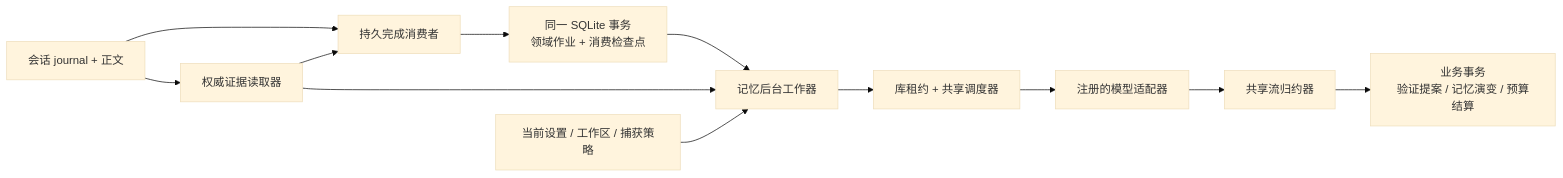
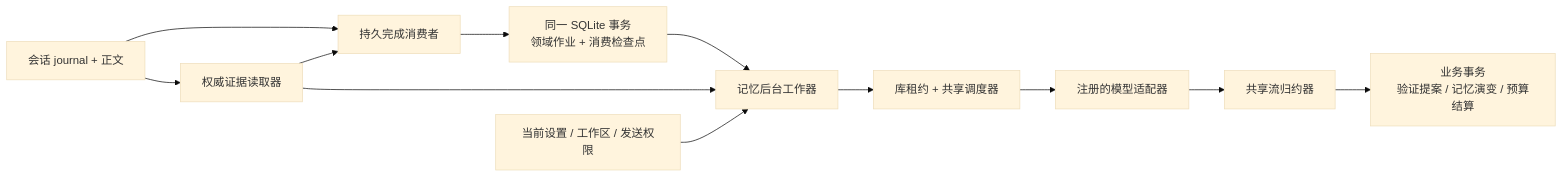
The first of 2 diagrams in docs/architecture/AUTOMATIC_MEMORY_IMPLEMENTATION.md (alwynou/mira), drawn with Mermaid (base theme) before and after one commit. The commit also changed other lines of this file and 251 other files, not shown here.

````diff
--- a/docs/architecture/AUTOMATIC_MEMORY_IMPLEMENTATION.md
+++ b/docs/architecture/AUTOMATIC_MEMORY_IMPLEMENTATION.md
@@ -13,16 +13,16 @@
 ```mermaid
 flowchart LR
     J[会话 journal + 正文] --> E[权威证据读取器]
     J --> C[持久完成消费者]
     E --> C
     C --> T[同一 SQLite 事务
 领域作业 + 消费检查点]
     T --> W[记忆后台工作器]
     E --> W
-    S[当前设置 / 工作区 / 捕获策略] --> W
+    S[当前设置 / 工作区 / 发送权限] --> W
     W --> A[库租约 + 共享调度器]
     A --> M[注册的模型适配器]
     M --> R[共享流归约器]
     R --> B[业务事务
 验证提案 / 记忆演变 / 预算结算]
 ```
````
